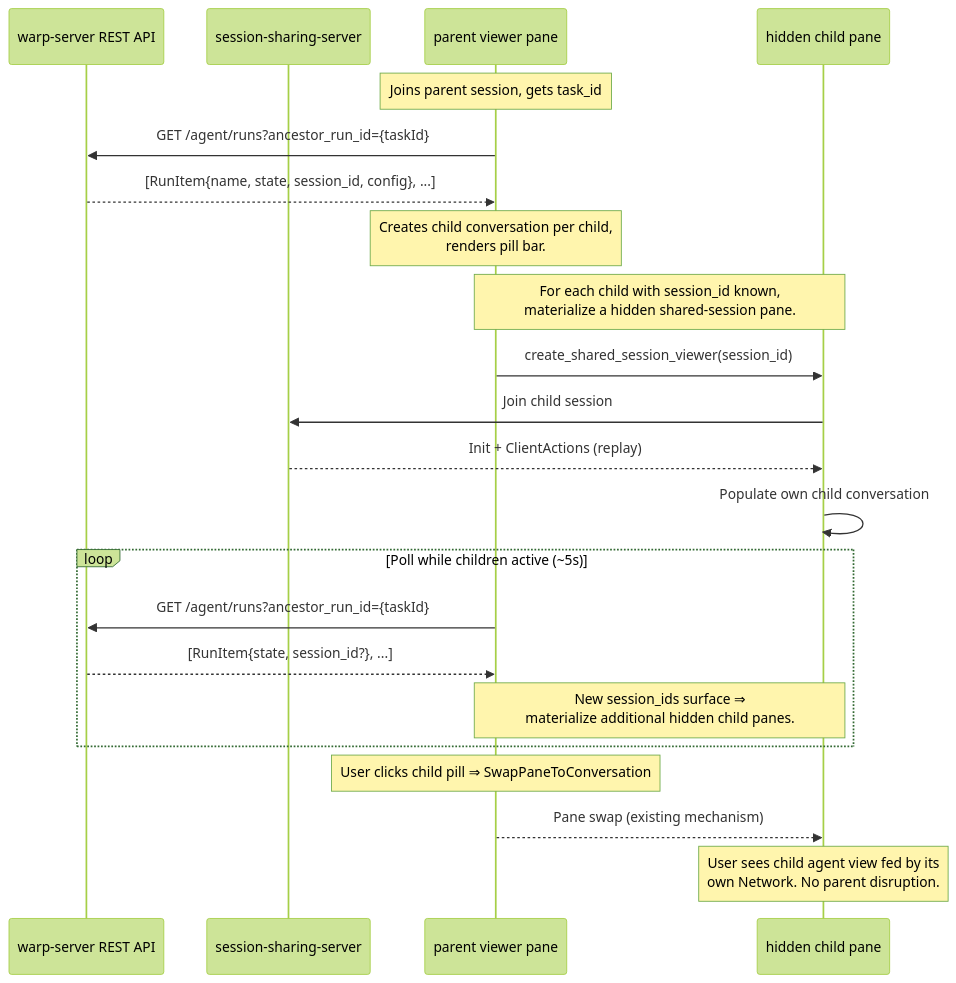
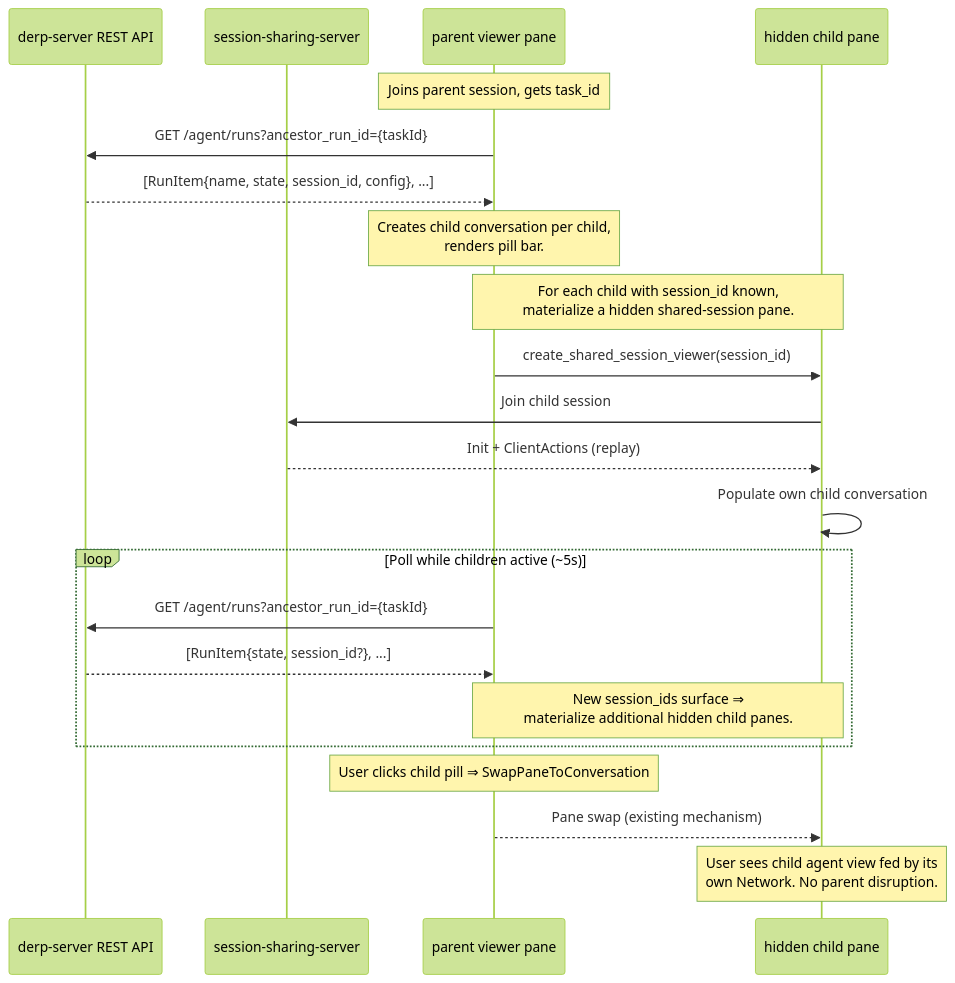
The diagram in specs/orch-pill-bar-web/TECH.md (antikrust/krust-terminal), drawn with Mermaid (forest theme) before and after one commit. The commit also changed other lines of this file and 9069 other files, not shown here.

First line of the commit message:
Rebrand Warp -> Derp; vendor and disconnect all external deps

````diff
--- a/specs/orch-pill-bar-web/TECH.md
+++ b/specs/orch-pill-bar-web/TECH.md
@@ -224,29 +224,29 @@
 ```mermaid
 sequenceDiagram
-    participant Server as warp-server REST API
+    participant Server as derp-server REST API
     participant SSS as session-sharing-server
     participant ParentPane as parent viewer pane
     participant ChildPane as hidden child pane
 
     Note over ParentPane: Joins parent session, gets task_id
     ParentPane->>Server: GET /agent/runs?ancestor_run_id={taskId}
     Server-->>ParentPane: [RunItem{name, state, session_id, config}, ...]
 
     Note over ParentPane: Creates child conversation per child,<br/>renders pill bar.
 
     Note over ParentPane,ChildPane: For each child with session_id known,<br/>materialize a hidden shared-session pane.
     ParentPane->>ChildPane: create_shared_session_viewer(session_id)
     ChildPane->>SSS: Join child session
     SSS-->>ChildPane: Init + ClientActions (replay)
     ChildPane->>ChildPane: Populate own child conversation
 
     loop Poll while children active (~5s)
         ParentPane->>Server: GET /agent/runs?ancestor_run_id={taskId}
         Server-->>ParentPane: [RunItem{state, session_id?}, ...]
         Note over ParentPane,ChildPane: New session_ids surface ⇒<br/>materialize additional hidden child panes.
     end
 
     Note over ParentPane: User clicks child pill ⇒ SwapPaneToConversation
     ParentPane-->>ChildPane: Pane swap (existing mechanism)
     Note over ChildPane: User sees child agent view fed by its<br/>own Network. No parent disruption.
 ```
````
